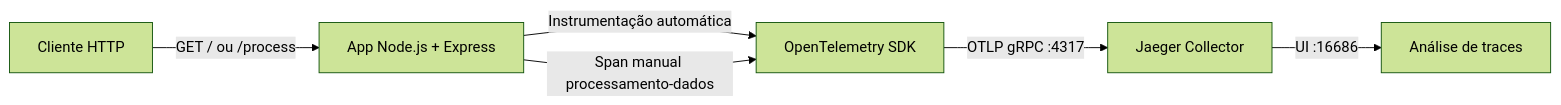
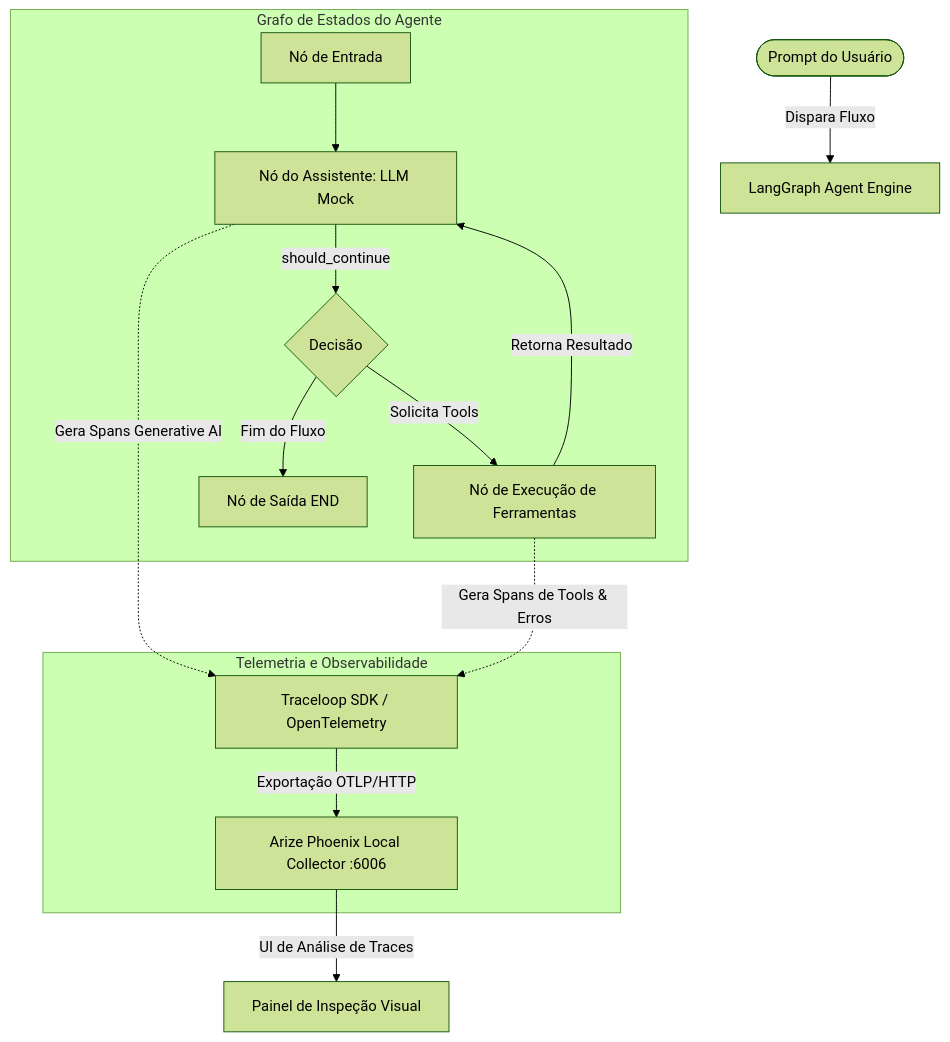
One commit to nicolaskms/observability-tracing changed the diagram in README.md. Above: the diagram before and after it, drawn with Mermaid (forest theme). The commit also changed other lines of this file and 632 other files, not shown here.

````diff
--- a/README.md
+++ b/README.md
@@ -22,8 +22,20 @@
 ```mermaid
-flowchart LR
-	C[Cliente HTTP] -->|GET / ou /process| A[App Node.js + Express]
-	A -->|Instrumentação automática| O[OpenTelemetry SDK]
-	A -->|Span manual processamento-dados| O
-	O -->|OTLP gRPC :4317| J[Jaeger Collector]
-	J -->|UI :16686| U[Análise de traces]
+flowchart TD
+    User([Prompt do Usuário]) -->|Dispara Fluxo| LG[LangGraph Agent Engine]
+    
+    subgraph LangGraph Graph [Grafo de Estados do Agente]
+        Entry[Nó de Entrada] --> Model[Nó do Assistente: LLM Mock]
+        Model -->|should_continue| Check{Decisão}
+        Check -->|Solicita Tools| ToolsNode[Nó de Execução de Ferramentas]
+        ToolsNode -->|Retorna Resultado| Model
+        Check -->|Fim do Fluxo| End[Nó de Saída END]
+    end
+
+    subgraph Telemetria e Observabilidade
+        Model -.->|Gera Spans Generative AI| TL[Traceloop SDK / OpenTelemetry]
+        ToolsNode -.->|Gera Spans de Tools & Erros| TL
+        TL -->|Exportação OTLP/HTTP| AP[Arize Phoenix Local Collector :6006]
+    end
+
+    AP -->|UI de Análise de Traces| Browser[Painel de Inspeção Visual]
 ```
````
